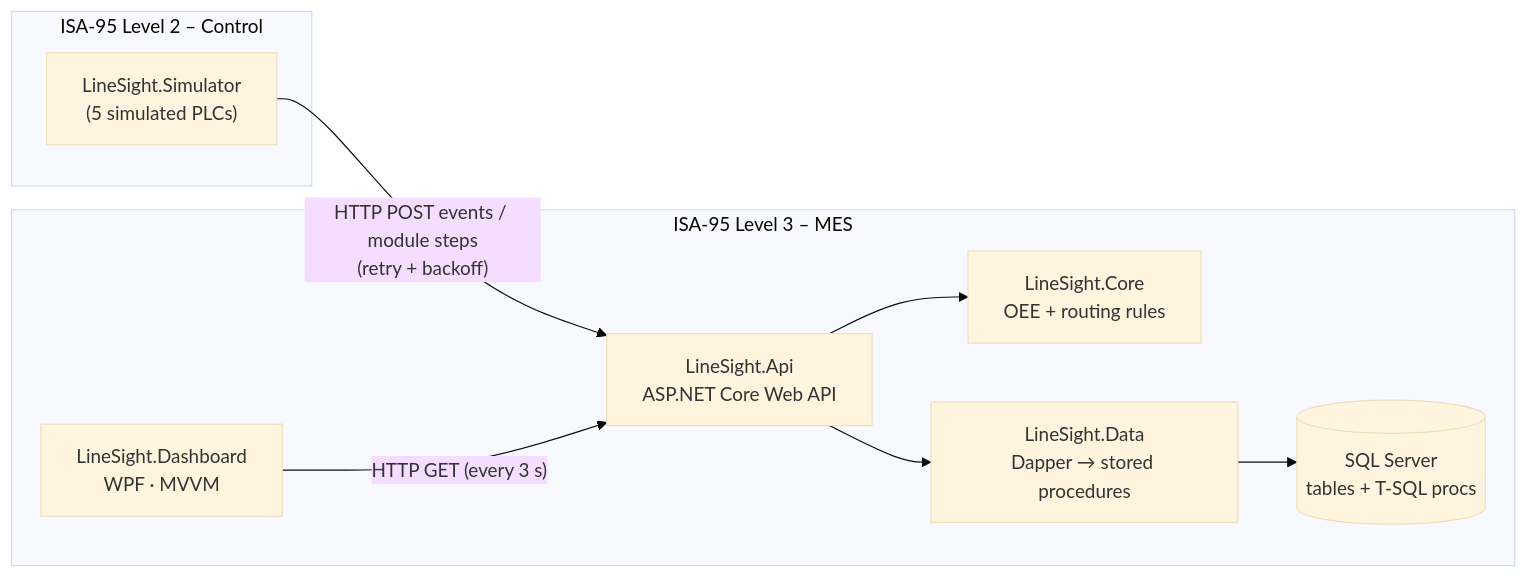
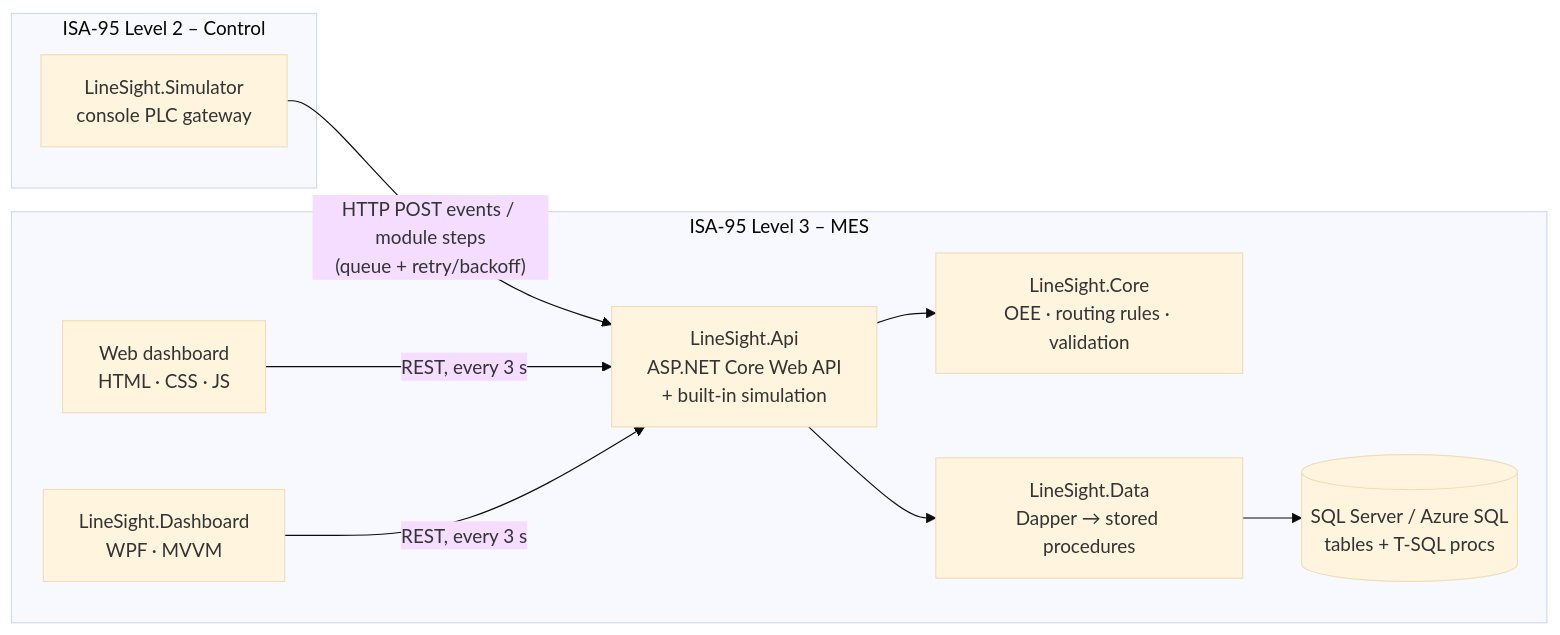
Before and after one commit to Shivom2110/LineSight: the diagram in README.md, drawn with Mermaid (base theme). The commit also changed other lines of this file, not shown here.

Commit message:
docs: rewrite README with highlights, updated architecture, live links and CI/CD

````diff
--- a/README.md
+++ b/README.md
@@ -23,17 +39,19 @@
 ```mermaid
 flowchart LR
     subgraph L2["ISA-95 Level 2 – Control"]
-        SIM["LineSight.Simulator<br/>(5 simulated PLCs)"]
+        SIM["LineSight.Simulator<br/>console PLC gateway"]
     end
     subgraph L3["ISA-95 Level 3 – MES"]
-        API["LineSight.Api<br/>ASP.NET Core Web API"]
-        CORE["LineSight.Core<br/>OEE + routing rules"]
+        API["LineSight.Api<br/>ASP.NET Core Web API<br/>+ built-in simulation"]
+        CORE["LineSight.Core<br/>OEE · routing rules · validation"]
         DATA["LineSight.Data<br/>Dapper → stored procedures"]
-        DB[("SQL Server<br/>tables + T-SQL procs")]
-        UI["LineSight.Dashboard<br/>WPF · MVVM"]
+        DB[("SQL Server / Azure SQL<br/>tables + T-SQL procs")]
+        WEB["Web dashboard<br/>HTML · CSS · JS"]
+        WPF["LineSight.Dashboard<br/>WPF · MVVM"]
     end
-    SIM -- "HTTP POST events / module steps<br/>(retry + backoff)" --> API
+    SIM -- "HTTP POST events / module steps<br/>(queue + retry/backoff)" --> API
     API --> CORE
     API --> DATA --> DB
-    UI -- "HTTP GET (every 3 s)" --> API
+    WEB -- "REST, every 3 s" --> API
+    WPF -- "REST, every 3 s" --> API
 ```
````
